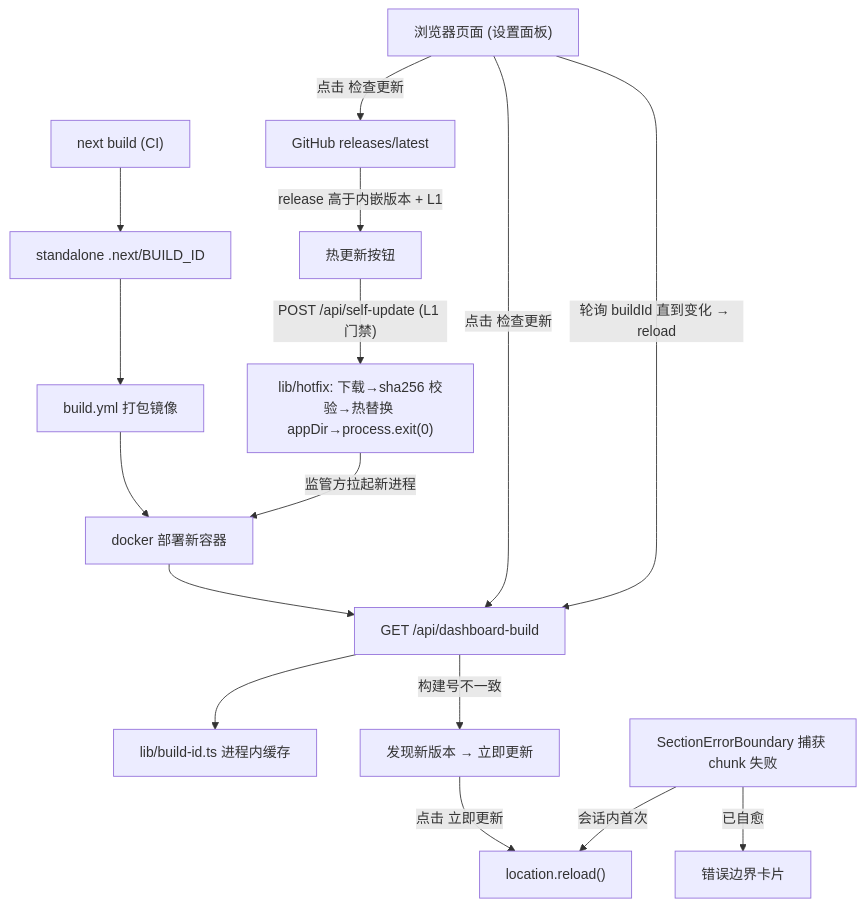
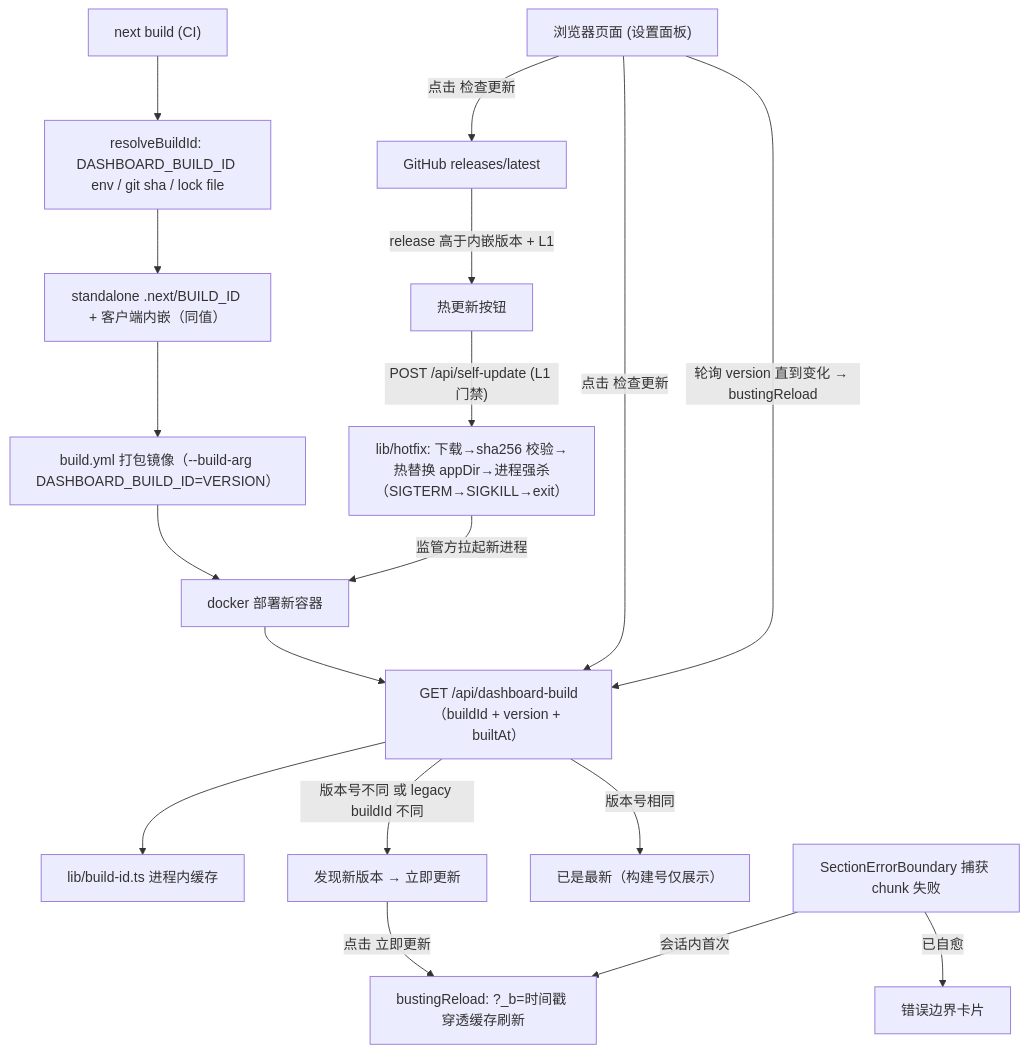
One commit to agentteams-group/agentteams-dashboard changed the second of 2 diagrams in .monkeycode/specs/hot-update-nav-fix/design.md. Above: the diagram before and after it, drawn with Mermaid. The commit also changed other lines of this file and 4 other files, not shown here.

````diff
--- a/.monkeycode/specs/hot-update-nav-fix/design.md
+++ b/.monkeycode/specs/hot-update-nav-fix/design.md
@@ -34,18 +35,20 @@
 ```mermaid
 graph TD
-    A["next build (CI)"] --> B["standalone .next/BUILD_ID"]
-    B --> C["build.yml 打包镜像"]
-    C --> D["docker 部署新容器"]
-    D --> E["GET /api/dashboard-build"]
-    E --> F["lib/build-id.ts 进程内缓存"]
-    P["浏览器页面 (设置面板)"] -->|"点击 检查更新"| E
-    P -->|"点击 检查更新"| G["GitHub releases/latest"]
-    E -->|"构建号不一致"| H["发现新版本 → 立即更新"]
-    G -->|"release 高于内嵌版本 + L1"| I["热更新按钮"]
-    I -->|"POST /api/self-update (L1 门禁)"| W["lib/hotfix: 下载→sha256 校验→热替换 appDir→process.exit(0)"]
-    W -->|"监管方拉起新进程"| D
-    H -->|"点击 立即更新"| J["location.reload()"]
-    P -->|"轮询 buildId 直到变化 → reload"| E
-    L["SectionErrorBoundary 捕获 chunk 失败"] -->|"会话内首次"| J
-    L -->|"已自愈"| M["错误边界卡片"]
+    A["next build (CI)"] --> B["resolveBuildId: DASHBOARD_BUILD_ID env / git sha / lock file"]
+    B --> C["standalone .next/BUILD_ID + 客户端内嵌（同值）"]
+    C --> D["build.yml 打包镜像（--build-arg DASHBOARD_BUILD_ID=VERSION）"]
+    D --> E["docker 部署新容器"]
+    E --> F["GET /api/dashboard-build（buildId + version + builtAt）"]
+    F --> G["lib/build-id.ts 进程内缓存"]
+    P["浏览器页面 (设置面板)"] -->|"点击 检查更新"| F
+    P -->|"点击 检查更新"| H["GitHub releases/latest"]
+    F -->|"版本号不同 或 legacy buildId 不同"| I["发现新版本 → 立即更新"]
+    F -->|"版本号相同"| J["已是最新（构建号仅展示）"]
+    H -->|"release 高于内嵌版本 + L1"| K["热更新按钮"]
+    K -->|"POST /api/self-update (L1 门禁)"| W["lib/hotfix: 下载→sha256 校验→热替换 appDir→进程强杀（SIGTERM→SIGKILL→exit）"]
+    W -->|"监管方拉起新进程"| E
+    I -->|"点击 立即更新"| L["bustingReload: ?_b=时间戳 穿透缓存刷新"]
+    P -->|"轮询 version 直到变化 → bustingReload"| F
+    M["SectionErrorBoundary 捕获 chunk 失败"] -->|"会话内首次"| L
+    M -->|"已自愈"| N["错误边界卡片"]
 ```
````
